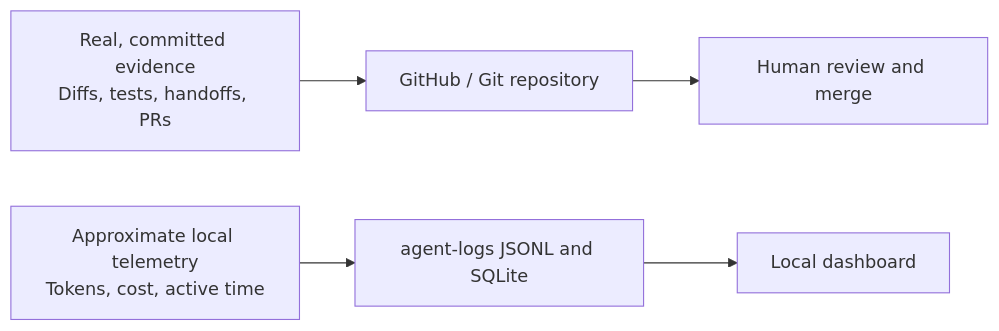
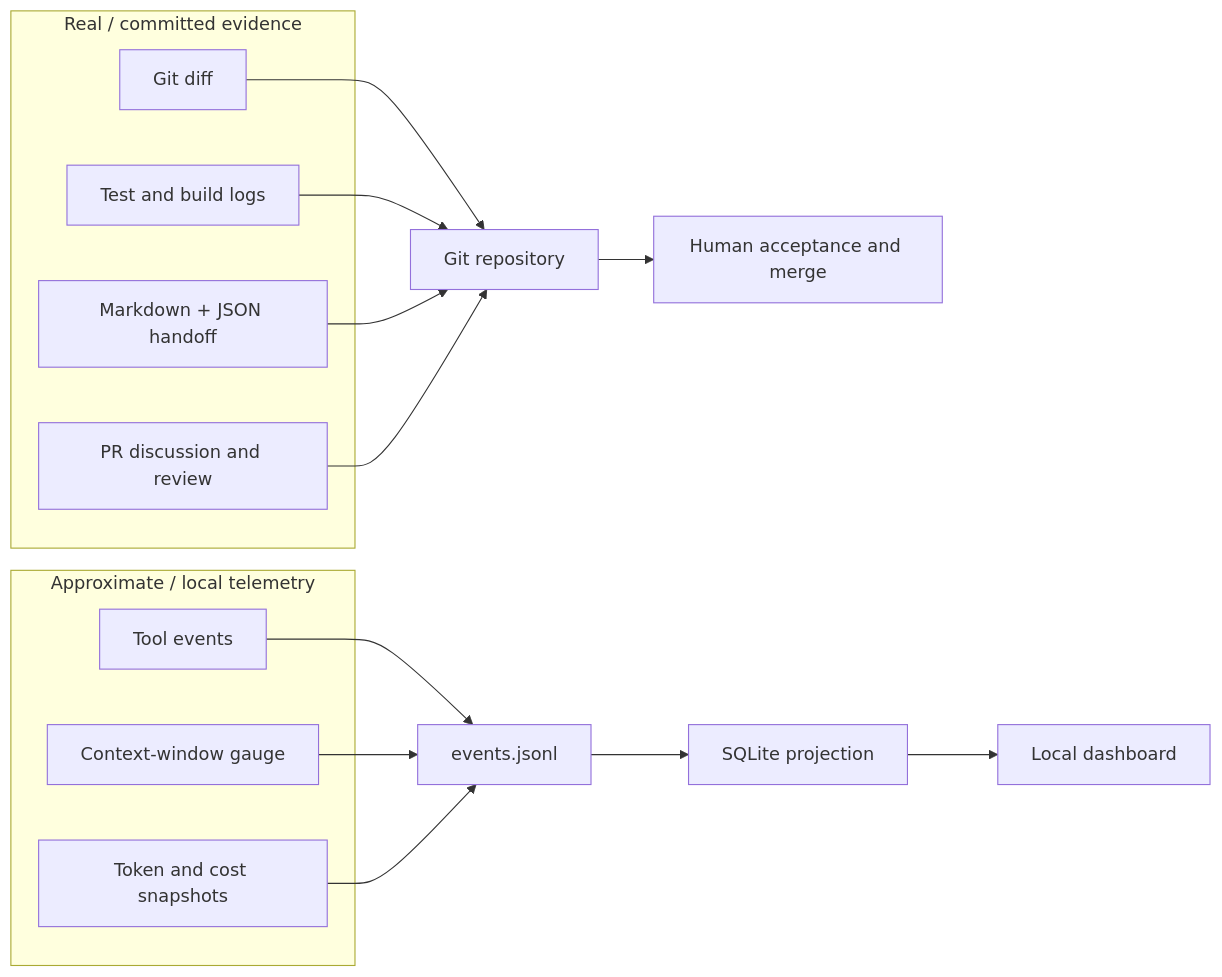
One commit to MightyM-ouse/trace changed the third of 3 diagrams in docs/architecture.md. Above: the diagram before and after it, drawn with Mermaid. The commit also changed other lines of this file, not shown here.

Commit message:
docs: clarify TRACE architecture diagram

````diff
--- a/docs/architecture.md
+++ b/docs/architecture.md
@@ -91,7 +137,27 @@
 ```mermaid
 flowchart LR
-    Real["Real, committed evidence\nDiffs, tests, handoffs, PRs"] --> Git["GitHub / Git repository"]
-    Approx["Approximate local telemetry\nTokens, cost, active time"] --> Local["agent-logs JSONL and SQLite"]
-    Git --> Review["Human review and merge"]
-    Local --> Dashboard["Local dashboard"]
+    subgraph Real["Real / committed evidence"]
+        Diff["Git diff"]
+        Tests["Test and build logs"]
+        Handoff["Markdown + JSON handoff"]
+        PRRecord["PR discussion and review"]
+    end
+
+    subgraph Approx["Approximate / local telemetry"]
+        ToolEvents["Tool events"]
+        ContextGauge["Context-window gauge"]
+        TokenCost["Token and cost snapshots"]
+    end
+
+    Diff --> Git["Git repository"]
+    Tests --> Git
+    Handoff --> Git
+    PRRecord --> Git
+    Git --> HumanGate["Human acceptance and merge"]
+
+    ToolEvents --> Jsonl["events.jsonl"]
+    ContextGauge --> Jsonl
+    TokenCost --> Jsonl
+    Jsonl --> Db["SQLite projection"]
+    Db --> UI["Local dashboard"]
 ```
````
